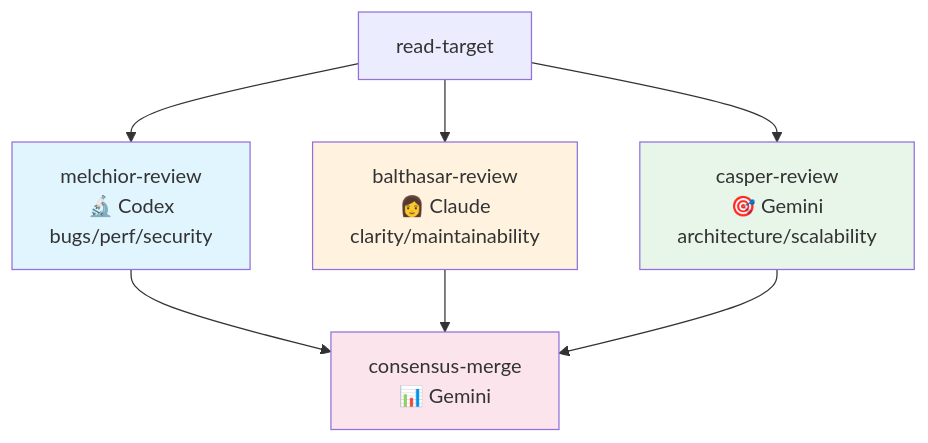
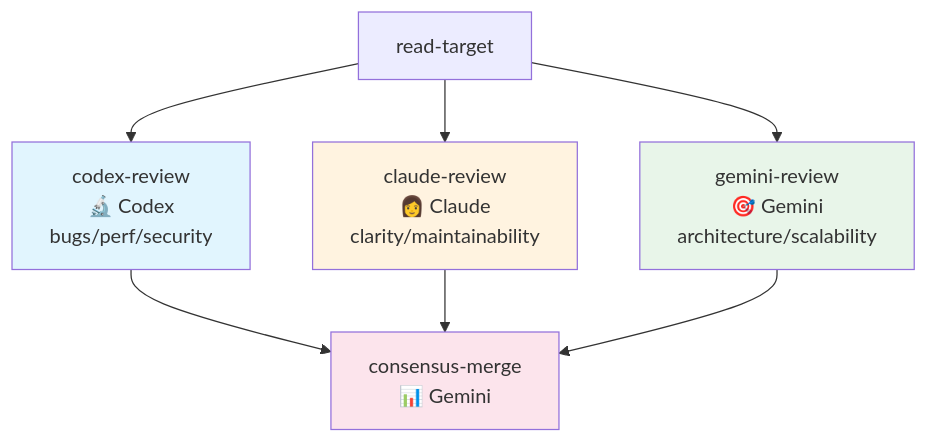
The first of 7 diagrams in data/chains/README.md (jeong-sik/llm-mcp), drawn with Mermaid before and after one commit. The commit also changed other lines of this file and 11 other files, not shown here.

````diff
--- a/data/chains/README.md
+++ b/data/chains/README.md
@@ -23,14 +23,14 @@
 ```mermaid
 graph TD
-    A[read-target] --> B[melchior-review<br/>🔬 Codex<br/>bugs/perf/security]
-    A --> C[balthasar-review<br/>👩 Claude<br/>clarity/maintainability]
-    A --> D[casper-review<br/>🎯 Gemini<br/>architecture/scalability]
+    A[read-target] --> B[codex-review<br/>🔬 Codex<br/>bugs/perf/security]
+    A --> C[claude-review<br/>👩 Claude<br/>clarity/maintainability]
+    A --> D[gemini-review<br/>🎯 Gemini<br/>architecture/scalability]
     B --> E[consensus-merge<br/>📊 Gemini]
     C --> E
     D --> E
 
     style B fill:#e1f5fe
     style C fill:#fff3e0
     style D fill:#e8f5e9
     style E fill:#fce4ec
 ```
````
